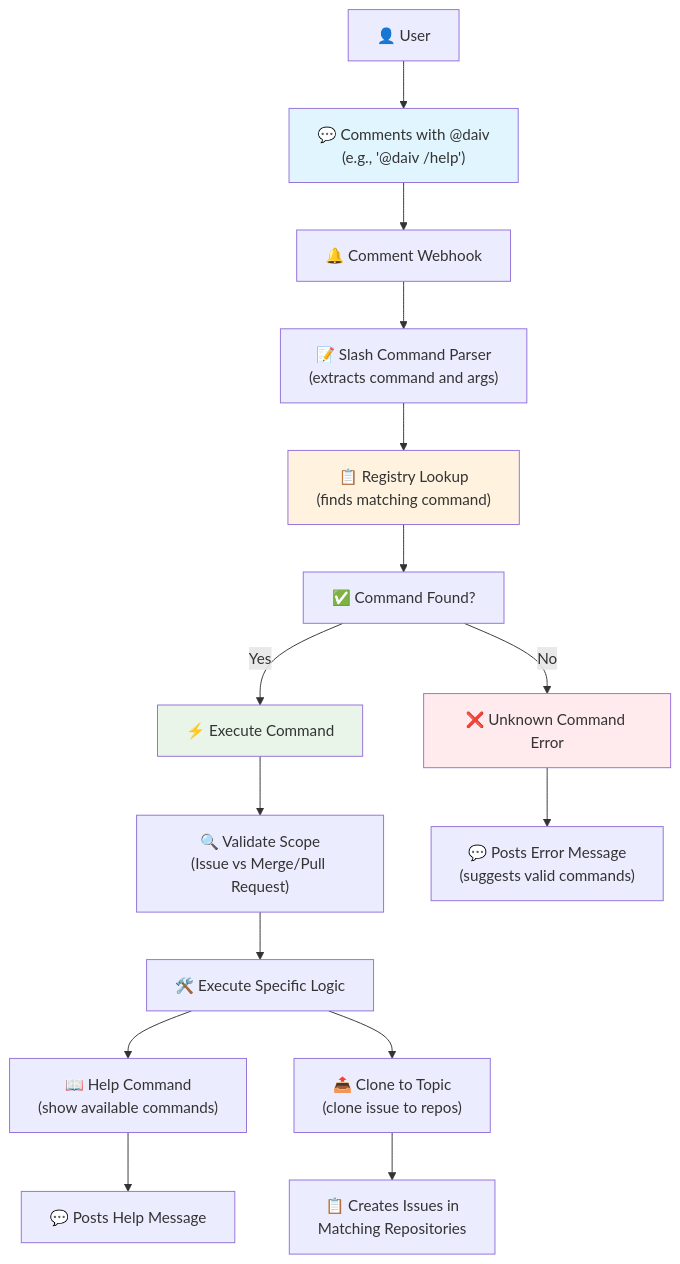
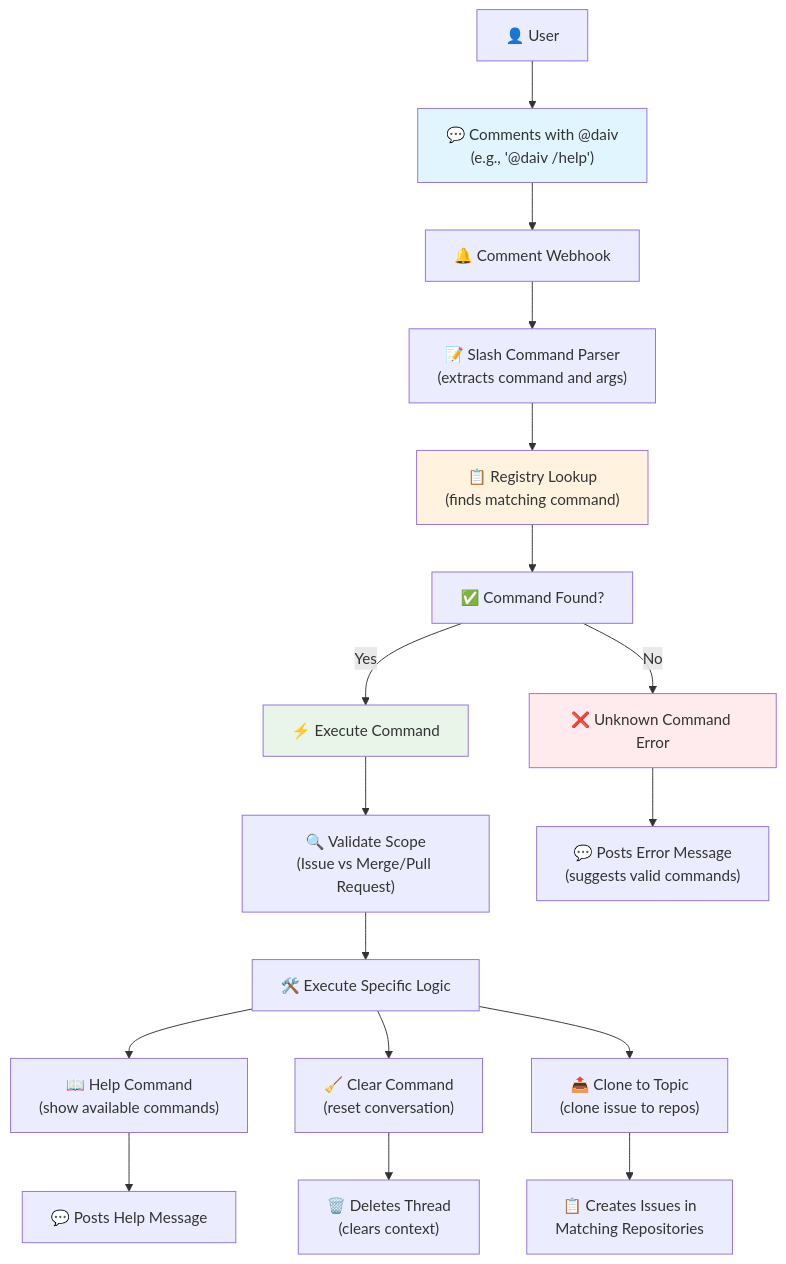
Before and after one commit to srtab/daiv: the diagram in docs/features/slash-commands.md, drawn with Mermaid. The commit also changed other lines of this file and 4 other files, not shown here.

Commit message:
feat: add /clear slash command to reset conversation context

````diff
--- a/docs/features/slash-commands.md
+++ b/docs/features/slash-commands.md
@@ -44,27 +44,29 @@
 ```mermaid
 graph TD
     A["👤 User"] --> B["💬 Comments with @daiv<br/>(e.g., '@daiv /help')"]
     B --> C["🔔 Comment Webhook"]
     C --> D["📝 Slash Command Parser<br/>(extracts command and args)"]
     D --> E["📋 Registry Lookup<br/>(finds matching command)"]
 
     E --> F["✅ Command Found?"]
     F -->|Yes| G["⚡ Execute Command"]
     F -->|No| H["❌ Unknown Command Error"]
 
     G --> I["🔍 Validate Scope<br/>(Issue vs Merge/Pull Request)"]
     I --> J["🛠️ Execute Specific Logic"]
 
     J --> K["📖 Help Command<br/>(show available commands)"]
+    J --> L["🧹 Clear Command<br/>(reset conversation)"]
     J --> R["📤 Clone to Topic<br/>(clone issue to repos)"]
 
     K --> N["💬 Posts Help Message"]
+    L --> O["🗑️ Deletes Thread<br/>(clears context)"]
     R --> S["📋 Creates Issues in<br/>Matching Repositories"]
 
     H --> Q["💬 Posts Error Message<br/>(suggests valid commands)"]
 
     style B fill:#e1f5fe
     style E fill:#fff3e0
     style G fill:#e8f5e8
     style H fill:#ffebee
 ```
````
